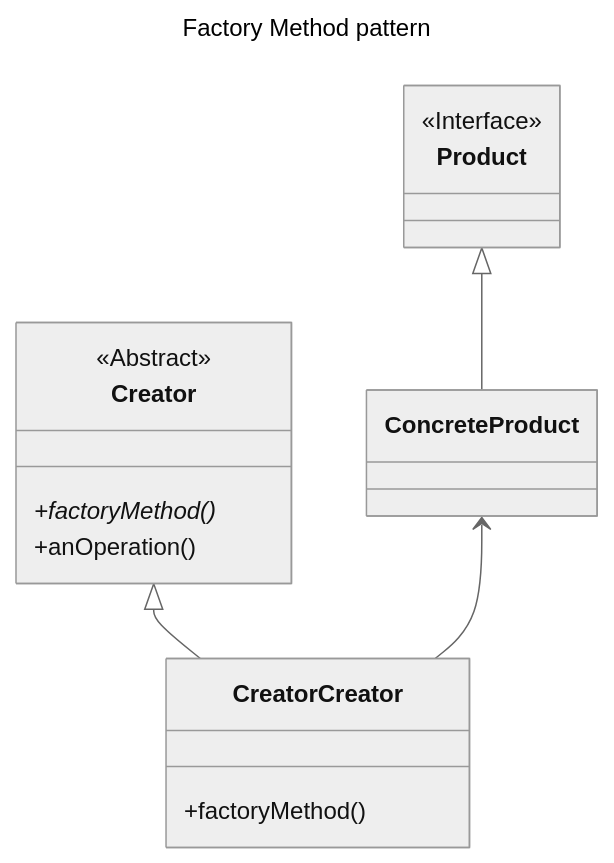
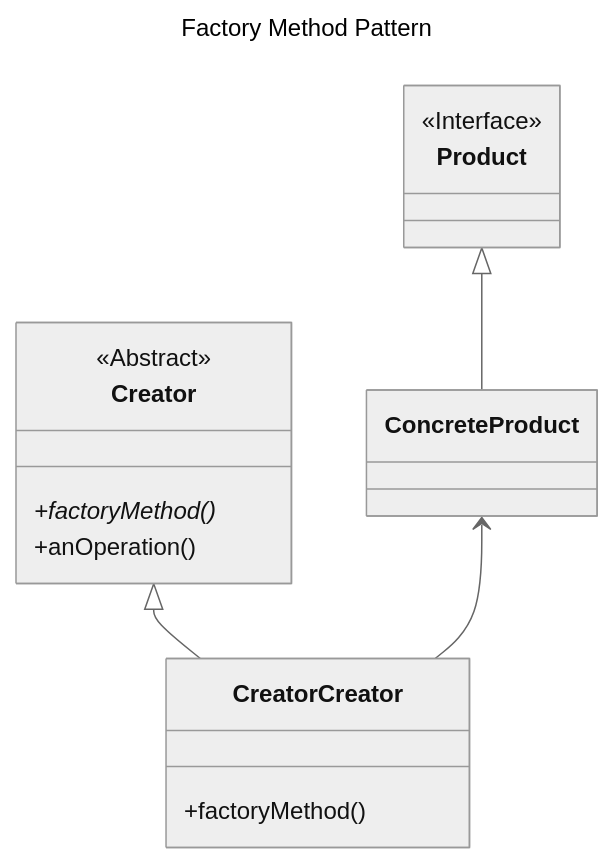
The first of 2 diagrams in pages/software-engineering/design/ood/design-patterns/factory-method.md (lamhq/tech-notes), drawn with Mermaid (neutral theme) before and after one commit. The commit also changed other lines of this file and 9 other files, not shown here.

````diff
--- a/pages/software-engineering/design/ood/design-patterns/factory-method.md
+++ b/pages/software-engineering/design/ood/design-patterns/factory-method.md
@@ -12,22 +12,22 @@
 ```mermaid
 ---
-title: Factory Method pattern
+title: Factory Method Pattern
 ---
 classDiagram
   class Creator{
     <<Abstract>>
     +factoryMethod()*
     +anOperation()
   }
   class CreatorCreator{
     +factoryMethod()
   }
   class Product{
     <<Interface>>
   }
   class ConcreteProduct{
   }
   Product <|-- ConcreteProduct
   Creator <|-- CreatorCreator
   ConcreteProduct <-- CreatorCreator
 ```
````
